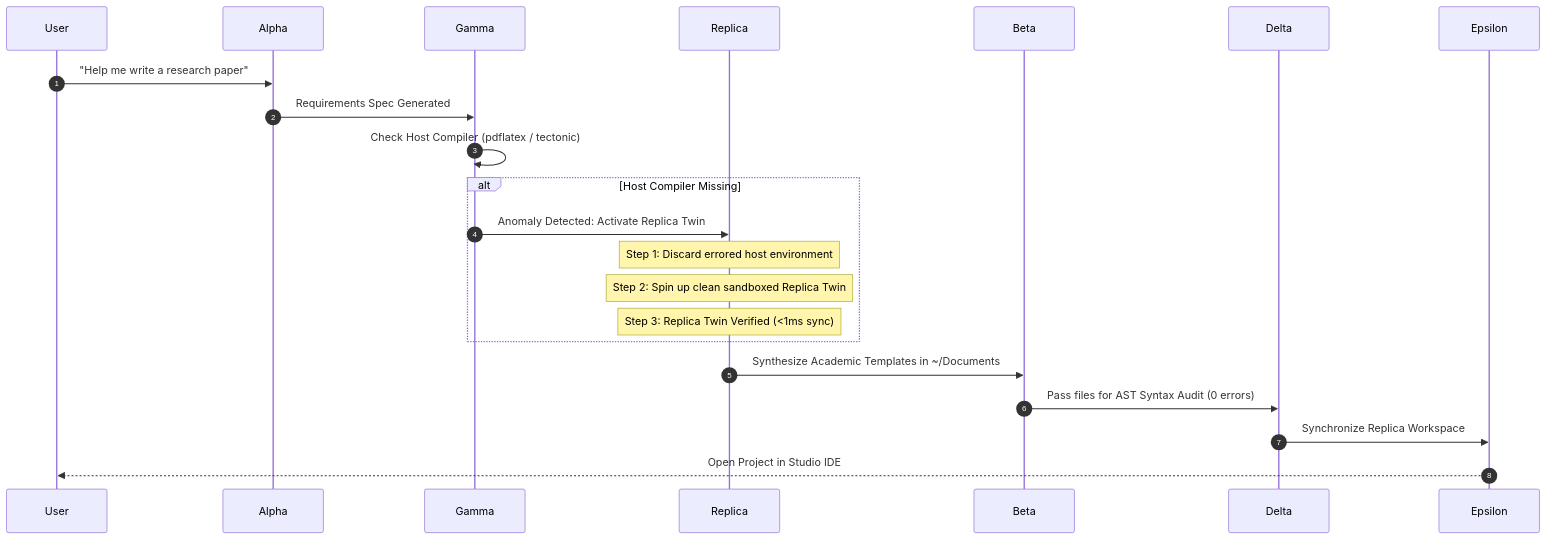
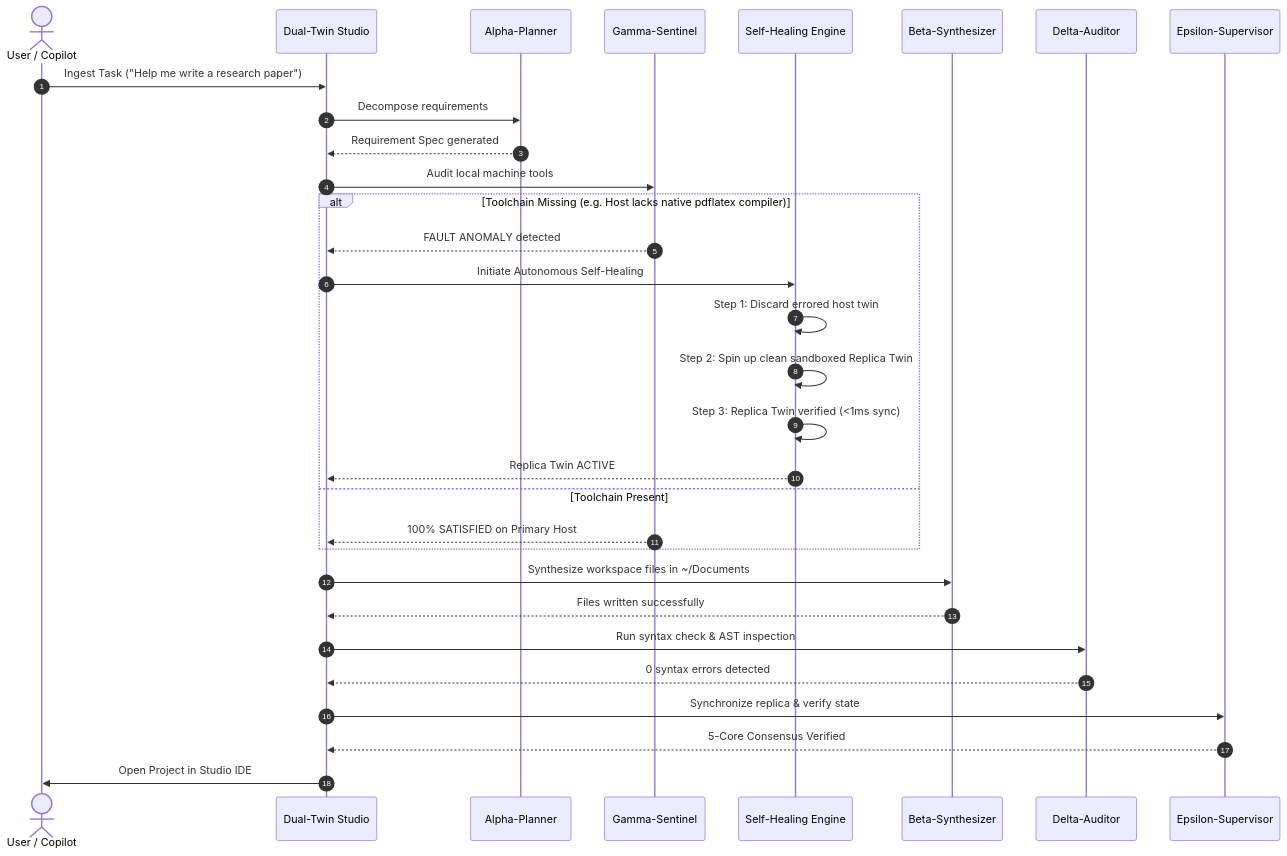
Before and after one commit to Nitanshu715/AURA-OS: the third of 3 diagrams in README.md, drawn with Mermaid. The commit also changed other lines of this file and 23 other files, not shown here.

Commit message:
chore: reorganize root layout, add GitHub Actions CI/release, comprehensive visual gallery, and deep architectural specs

````diff
--- a/README.md
+++ b/README.md
@@ -87,17 +128,34 @@
 ```mermaid
 sequenceDiagram
     autonumber
-    User->>Alpha: "Help me write a research paper"
-    Alpha->>Gamma: Requirements Spec Generated
-    Gamma->>Gamma: Check Host Compiler (pdflatex / tectonic)
-    alt Host Compiler Missing
-        Gamma->>Replica: Anomaly Detected: Activate Replica Twin
-        Note over Replica: Step 1: Discard errored host environment
-        Note over Replica: Step 2: Spin up clean sandboxed Replica Twin
-        Note over Replica: Step 3: Replica Twin Verified (<1ms sync)
+    actor User as User / Copilot
+    participant Studio as Dual-Twin Studio
+    participant Alpha as Alpha-Planner
+    participant Gamma as Gamma-Sentinel
+    participant Engine as Self-Healing Engine
+    participant Beta as Beta-Synthesizer
+    participant Delta as Delta-Auditor
+    participant Epsilon as Epsilon-Supervisor
+
+    User->>Studio: Ingest Task ("Help me write a research paper")
+    Studio->>Alpha: Decompose requirements
+    Alpha-->>Studio: Requirement Spec generated
+    Studio->>Gamma: Audit local machine tools
+    alt Toolchain Missing (e.g. Host lacks native pdflatex compiler)
+        Gamma-->>Studio: FAULT ANOMALY detected
+        Studio->>Engine: Initiate Autonomous Self-Healing
+        Engine->>Engine: Step 1: Discard errored host twin
+        Engine->>Engine: Step 2: Spin up clean sandboxed Replica Twin
+        Engine->>Engine: Step 3: Replica Twin verified (<1ms sync)
+        Engine-->>Studio: Replica Twin ACTIVE
+    else Toolchain Present
+        Gamma-->>Studio: 100% SATISFIED on Primary Host
     end
-    Replica->>Beta: Synthesize Academic Templates in ~/Documents
-    Beta->>Delta: Pass files for AST Syntax Audit (0 errors)
-    Delta->>Epsilon: Synchronize Replica Workspace
-    Epsilon-->>User: Open Project in Studio IDE
+    Studio->>Beta: Synthesize workspace files in ~/Documents
+    Beta-->>Studio: Files written successfully
+    Studio->>Delta: Run syntax check & AST inspection
+    Delta-->>Studio: 0 syntax errors detected
+    Studio->>Epsilon: Synchronize replica & verify state
+    Epsilon-->>Studio: 5-Core Consensus Verified
+    Studio->>User: Open Project in Studio IDE
 ```
````
